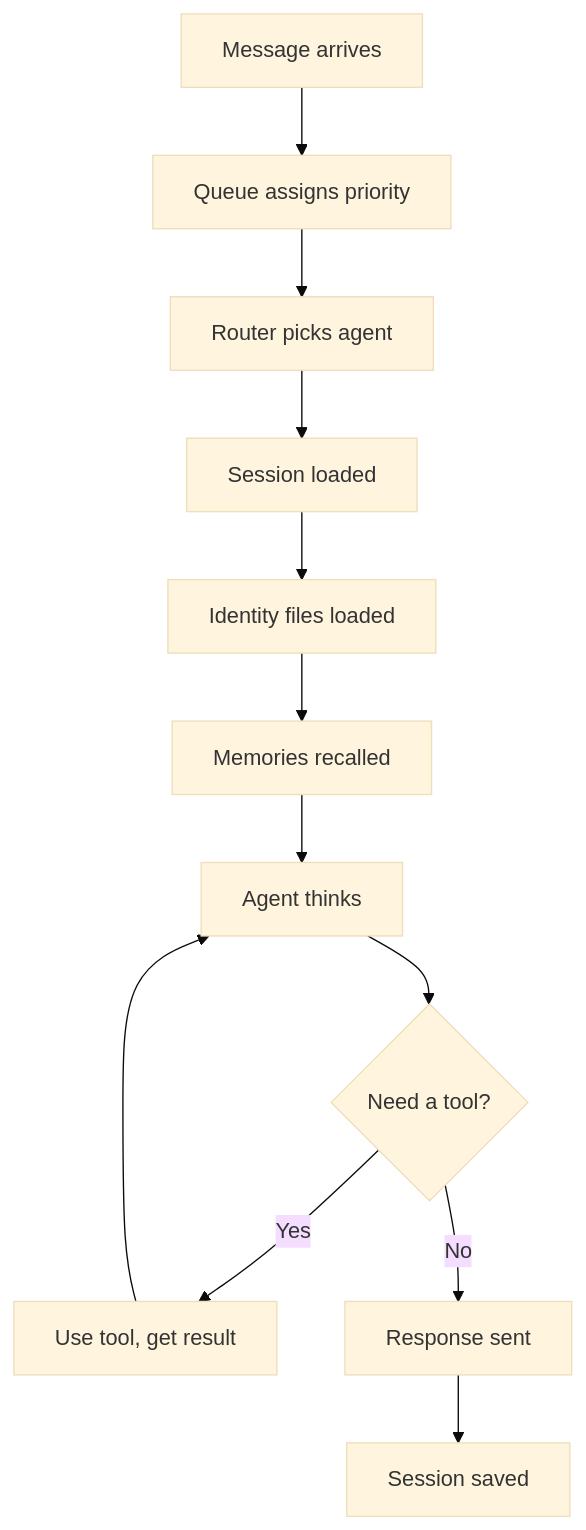
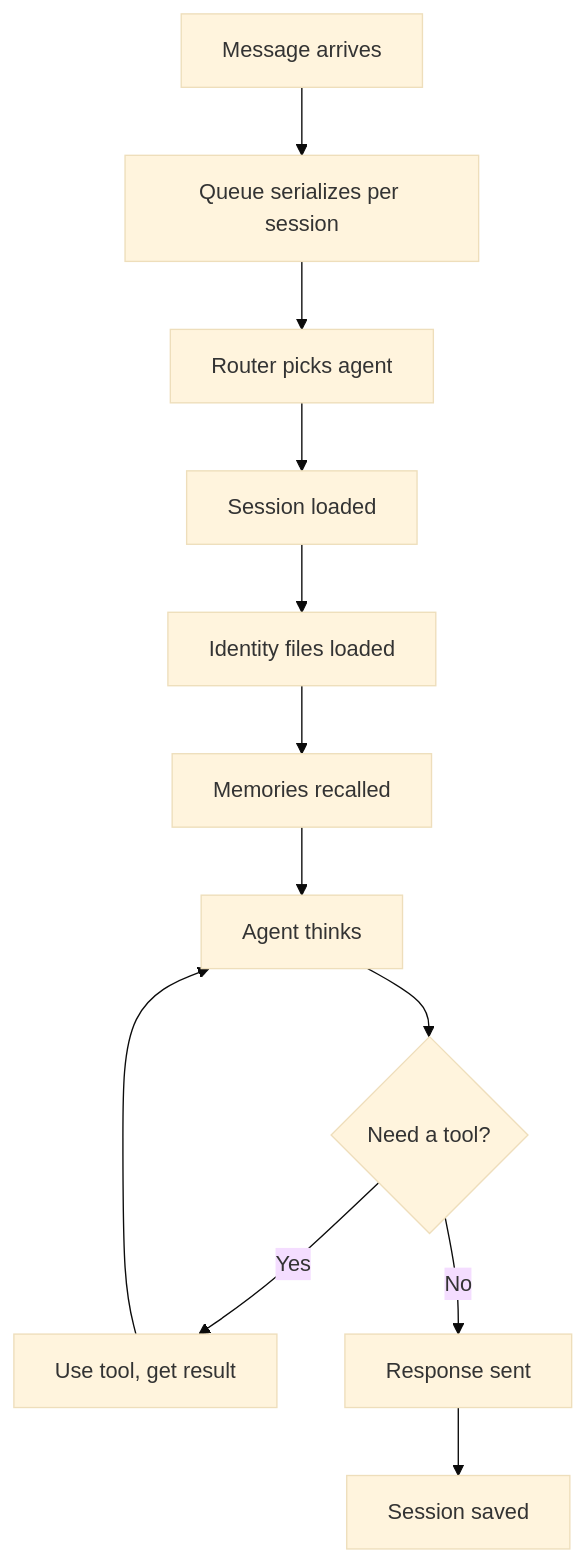
The first of 2 diagrams in docs/agents/lifecycle.mdx (comisai/comis), drawn with Mermaid (base theme) before and after one commit. The commit also changed other lines of this file and 70 other files, not shown here.

````diff
--- a/docs/agents/lifecycle.mdx
+++ b/docs/agents/lifecycle.mdx
@@ -16,14 +16,14 @@
 ```mermaid
 flowchart TD
-    A["Message arrives"] --> B["Queue assigns priority"]
+    A["Message arrives"] --> B["Queue serializes per session"]
     B --> C["Router picks agent"]
     C --> D["Session loaded"]
     D --> E["Identity files loaded"]
     E --> F["Memories recalled"]
     F --> G["Agent thinks"]
     G --> H{"Need a tool?"}
     H -- Yes --> I["Use tool, get result"]
     I --> G
     H -- No --> J["Response sent"]
     J --> K["Session saved"]
 ```
````
